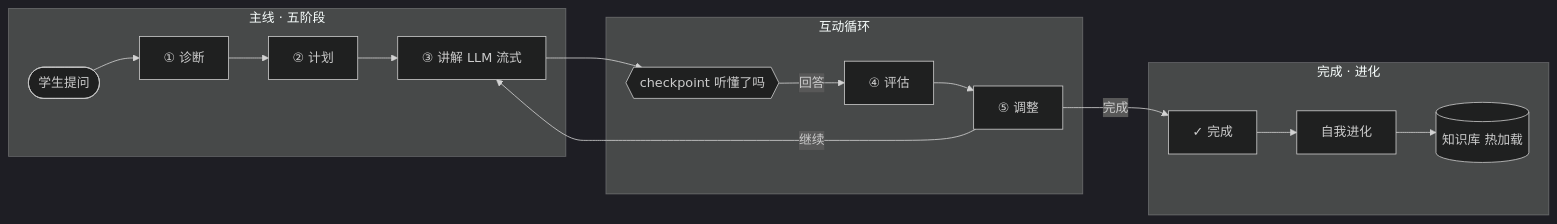
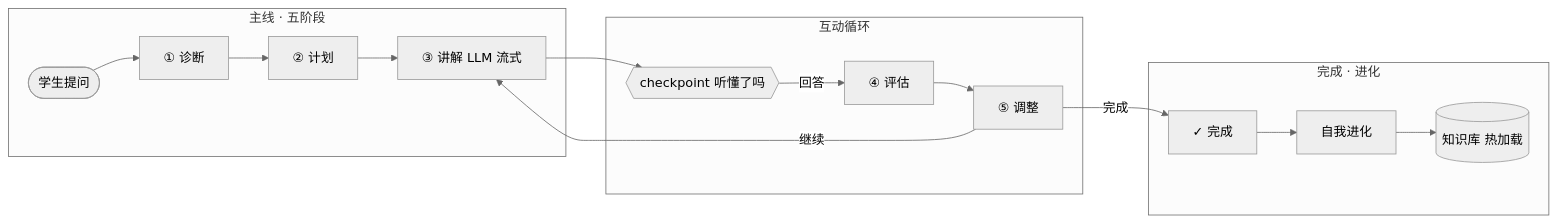
The fourth of 28 diagrams in PAEG技术说明.md (Golden2002/PAEG), drawn with Mermaid before and after one commit. The commit also changed other lines of this file and 20 other files, not shown here.

Commit message:
refactor: §3.93 技术说明渲染资产统一——SVG矢量直出版重渲(交付物/技术说明/render/单一权威目录 + 28块mermaid neutral化方案20 + 图题同页35/35 + 旧目录LEGACY搁置标记 + archive归档 + README方案25)

````diff
--- a/PAEG技术说明.md
+++ b/PAEG技术说明.md
@@ -283,22 +284,22 @@
 ```mermaid
-%%{init: {'theme': 'dark'}}%%
+%%{init: {'theme': 'neutral'}}%%
 flowchart LR
     subgraph Main["主线 · 五阶段"]
         Start(["学生提问"]) --> D["① 诊断"]
         D --> P["② 计划"]
         P --> Pre["③ 讲解 LLM 流式"]
     end
     subgraph Loop["互动循环"]
         Pre --> CP{{"checkpoint 听懂了吗"}}
         CP -->|回答| E["④ 评估"]
         E --> A["⑤ 调整"]
         A -->|继续| Pre
     end
     subgraph Done["完成 · 进化"]
         A -->|完成| Done2["✓ 完成"]
         Done2 --> Ev["自我进化"]
         Ev --> KB[("知识库 热加载")]
     end
     Main ~~~ Loop
     Loop ~~~ Done
 ```
````
